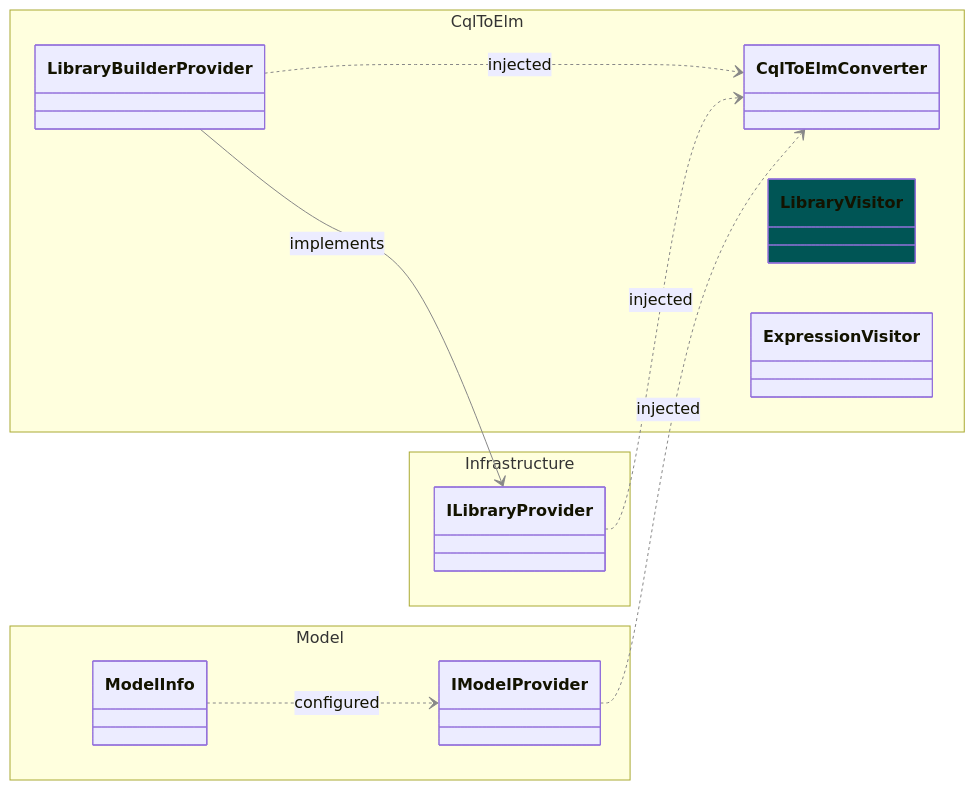
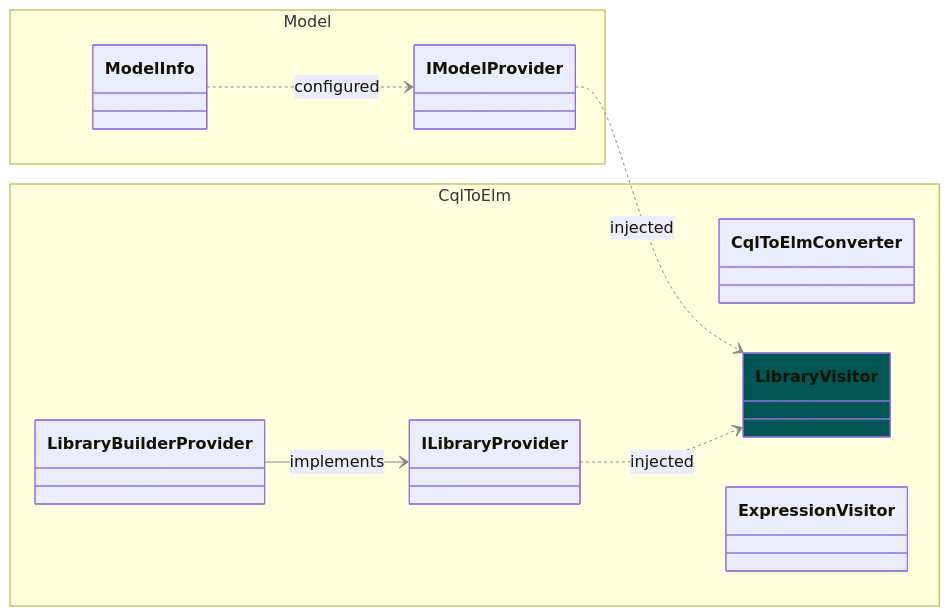
The third of 3 diagrams in docs/dependency-diagrams.md (kairo-x26/firely-cql-sdk), drawn with Mermaid before and after one commit. The commit also changed other lines of this file and 2 other files, not shown here.

Commit message:
docs: update stale pipeline descriptions in architecture and getting-started docs

````diff
--- a/docs/dependency-diagrams.md
+++ b/docs/dependency-diagrams.md
@@ -158,39 +155,35 @@
 ```mermaid
 %%{init: {
     'themeVariables':{  
       'lineColor': '#888',
       'lineWidth': 4
 }}}%%
 
 classDiagram
 
     direction LR
 
     namespace CqlToElm {
         class CqlToElmConverter { }
         class LibraryBuilderProvider { }
         class LibraryVisitor { }
         class ExpressionVisitor { }
+        class ILibraryProvider { }
     }
 
     namespace Model {
         class ModelInfo { }
         class IModelProvider { }
     }
 
-    namespace Infrastructure {
-        class ILibraryProvider { }
-    }
-
     %% Style Scoped Types as Cyan
     style LibraryVisitor fill:#055
     
     %% Dependencies                                                 
-    LibraryBuilderProvider ..> CqlToElmConverter : injected
-    ILibraryProvider ..> CqlToElmConverter : injected
-    IModelProvider ..> CqlToElmConverter : injected
+    IModelProvider ..> LibraryVisitor : injected
+    ILibraryProvider ..> LibraryVisitor : injected
     
     ModelInfo ..> IModelProvider : configured
     
     LibraryBuilderProvider --> ILibraryProvider : implements
 ```
````
